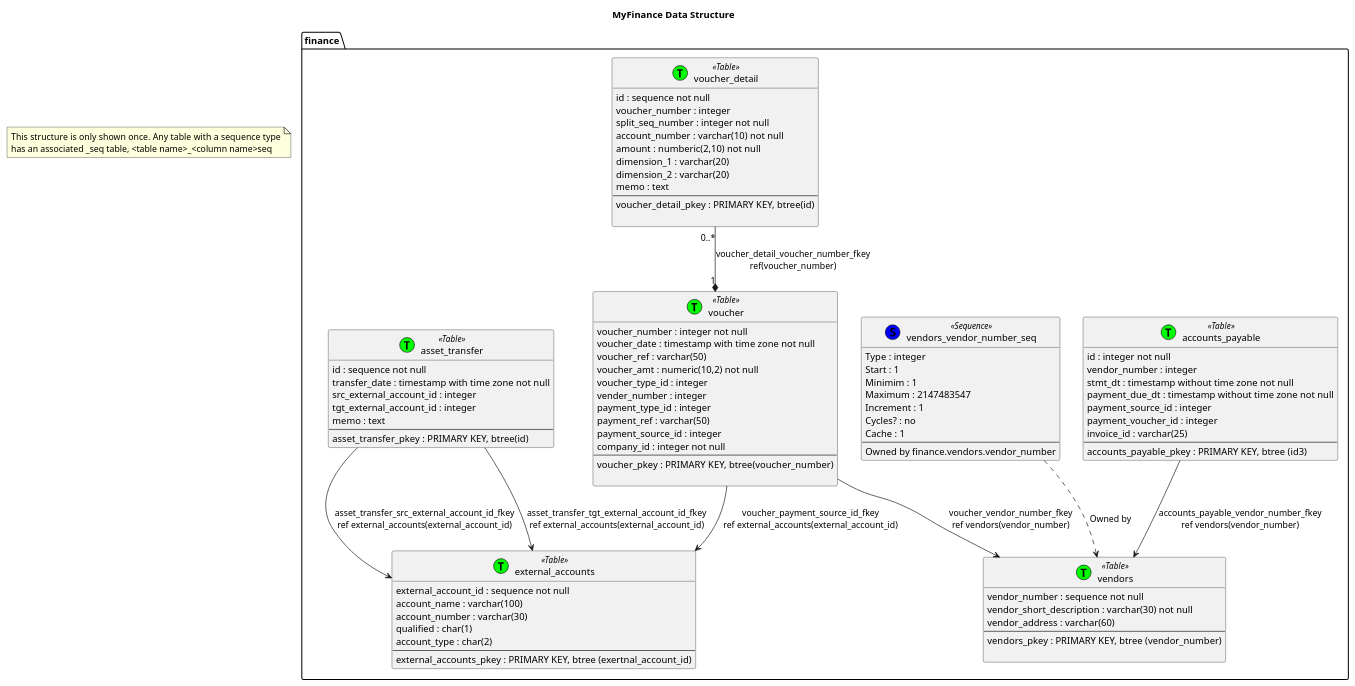
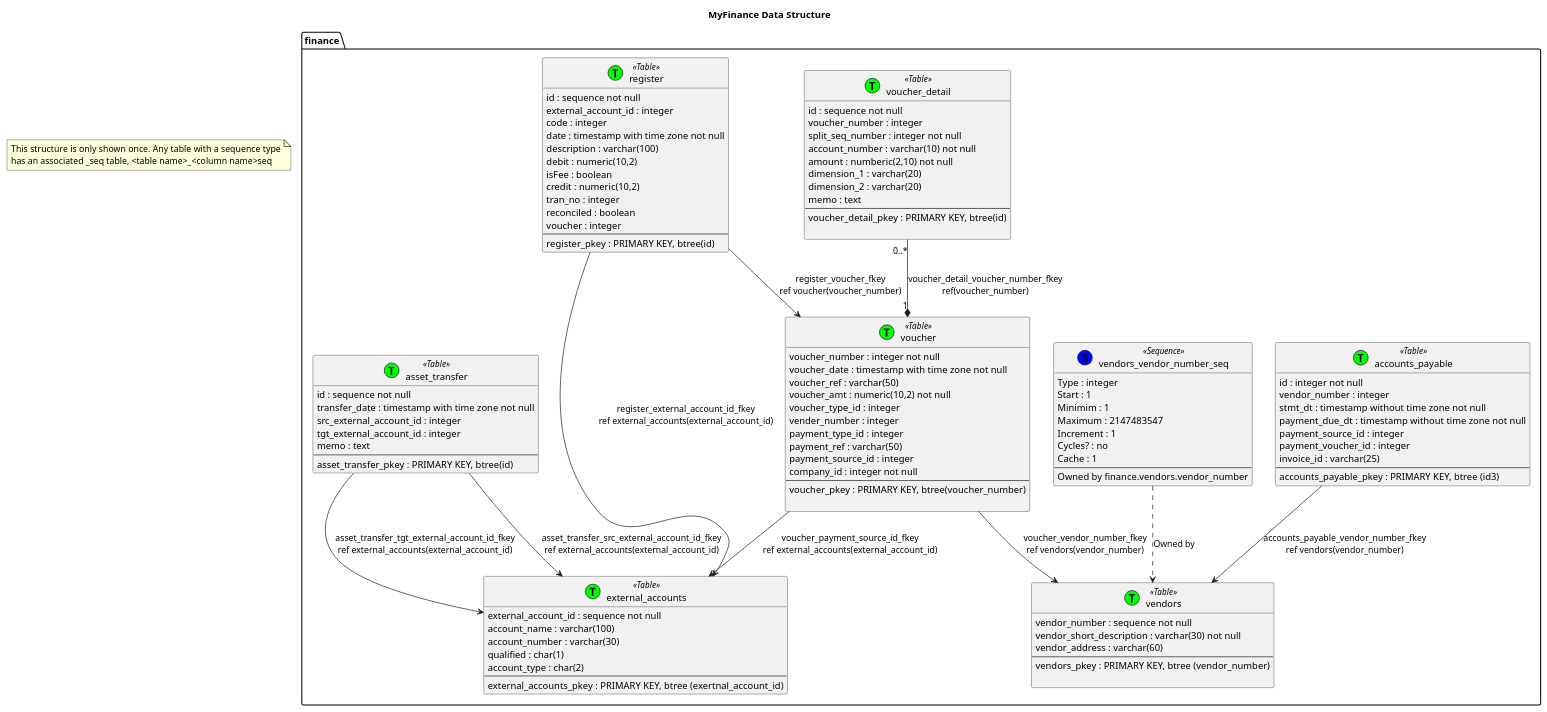
One commit to eskoviak/finance_cmd changed the diagram in docs/diagrams/MyFinance-data-class.puml. Above: the diagram before and after it, drawn with PlantUML. The commit also changed 6 other files, not shown here.

```diff
--- a/docs/diagrams/MyFinance-data-class.puml
+++ b/docs/diagrams/MyFinance-data-class.puml
@@ -1,102 +1,120 @@
 @startuml myfinance-data-class
 title: MyFinance Data Structure
 
 class finance.vendors <<(T, #00FF00) Table>> {
 	vendor_number : sequence not null
 	vendor_short_description : varchar(30) not null
 	vendor_address : varchar(60)
 	--
 	vendors_pkey : PRIMARY KEY, btree (vendor_number)
 
 }
 
 class finance.accounts_payable <<(T, #00FF00) Table>> {
 	id : integer not null
 	vendor_number : integer
 	stmt_dt : timestamp without time zone not null
 	payment_due_dt : timestamp without time zone not null
 	payment_source_id : integer
 	payment_voucher_id : integer
 	invoice_id : varchar(25)
 	--
 	accounts_payable_pkey : PRIMARY KEY, btree (id3)
 }
 
 class finance.voucher <<(T, #00FF00) Table>> {
 	voucher_number : integer not null
 	voucher_date : timestamp with time zone not null
 	voucher_ref : varchar(50)
 	voucher_amt : numeric(10,2) not null
 	voucher_type_id : integer
 	vender_number : integer
 	payment_type_id : integer
 	payment_ref : varchar(50)
 	payment_source_id : integer
 	company_id : integer not null
 	--
 	voucher_pkey : PRIMARY KEY, btree(voucher_number)
 	
 }
 
 class finance.vendors_vendor_number_seq <<(S, #0000FF) Sequence>> {
 	Type : integer
 	Start : 1
 	Minimim : 1
 	Maximum : 2147483547
 	Increment : 1
 	Cycles? : no
 	Cache : 1
 	--
 	Owned by finance.vendors.vendor_number
 }
 
 class finance.voucher_detail <<(T, #00FF00) Table>> {
 	id : sequence not null
 	voucher_number : integer 
 	split_seq_number : integer not null
 	account_number : varchar(10) not null
 	amount : numberic(2,10) not null
 	dimension_1 : varchar(20)
 	dimension_2 : varchar(20)
 	memo : text
 	--
 	voucher_detail_pkey : PRIMARY KEY, btree(id) 
 	
 }
 
 class finance.asset_transfer <<(T, #00FF00) Table>> {
 	id : sequence not null
 	transfer_date : timestamp with time zone not null
 	src_external_account_id : integer
 	tgt_external_account_id : integer
 	memo : text
 	--
 	asset_transfer_pkey : PRIMARY KEY, btree(id)
 }
 
 class finance.external_accounts <<(T, #00FF00) Table>> {
 	external_account_id : sequence not null
 	account_name : varchar(100)
 	account_number : varchar(30)
 	qualified : char(1)
 	account_type : char(2)
 	--
 	external_accounts_pkey : PRIMARY KEY, btree (exertnal_account_id)
 }
 
+class finance.register <<(T, #00FF00) Table>> {
+	id : sequence not null
+	external_account_id : integer
+	code : integer
+	date : timestamp with time zone not null
+	description : varchar(100)
+	debit : numeric(10,2)
+	isFee : boolean
+	credit : numeric(10,2)
+	tran_no : integer
+	reconciled : boolean
+	voucher : integer
+	--
+	register_pkey : PRIMARY KEY, btree(id)
+}
+
 
 accounts_payable --> vendors : accounts_payable_vendor_number_fkey\nref vendors(vendor_number)
 voucher --> vendors : voucher_vendor_number_fkey\nref vendors(vendor_number)
 voucher_detail "0..*" --* "1" voucher : voucher_detail_voucher_number_fkey\nref(voucher_number)
 vendors_vendor_number_seq ..> vendors : Owned by
 asset_transfer --> external_accounts : asset_transfer_src_external_account_id_fkey\nref external_accounts(external_account_id)
 asset_transfer --> external_accounts : asset_transfer_tgt_external_account_id_fkey\nref external_accounts(external_account_id)
 voucher --> external_accounts : voucher_payment_source_id_fkey\nref external_accounts(external_account_id)
+register --> external_accounts : register_external_account_id_fkey\nref external_accounts(external_account_id)
+register --> voucher : register_voucher_fkey\nref voucher(voucher_number)
 
 
 note as N1 
 	This structure is only shown once.  Any table with a sequence type
 	has an associated _seq table, <table name>_<column name>seq
 end note
 
 @enduml
```
